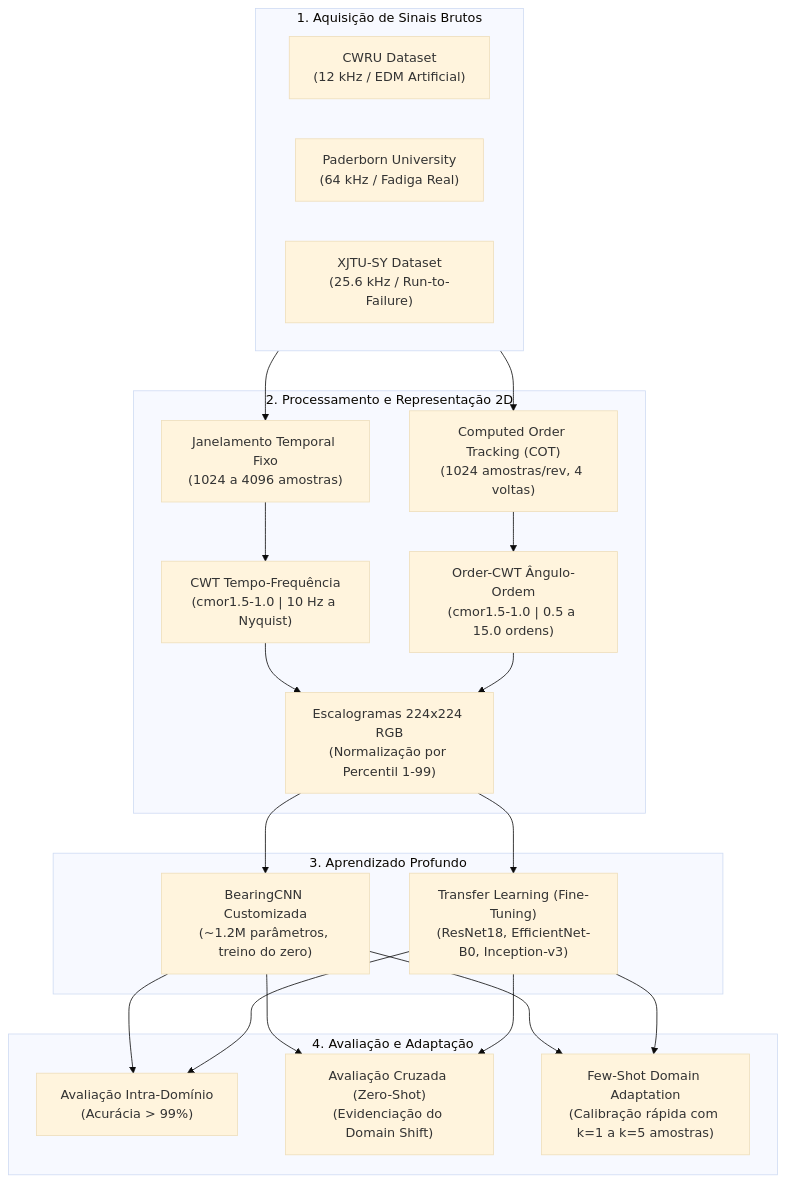
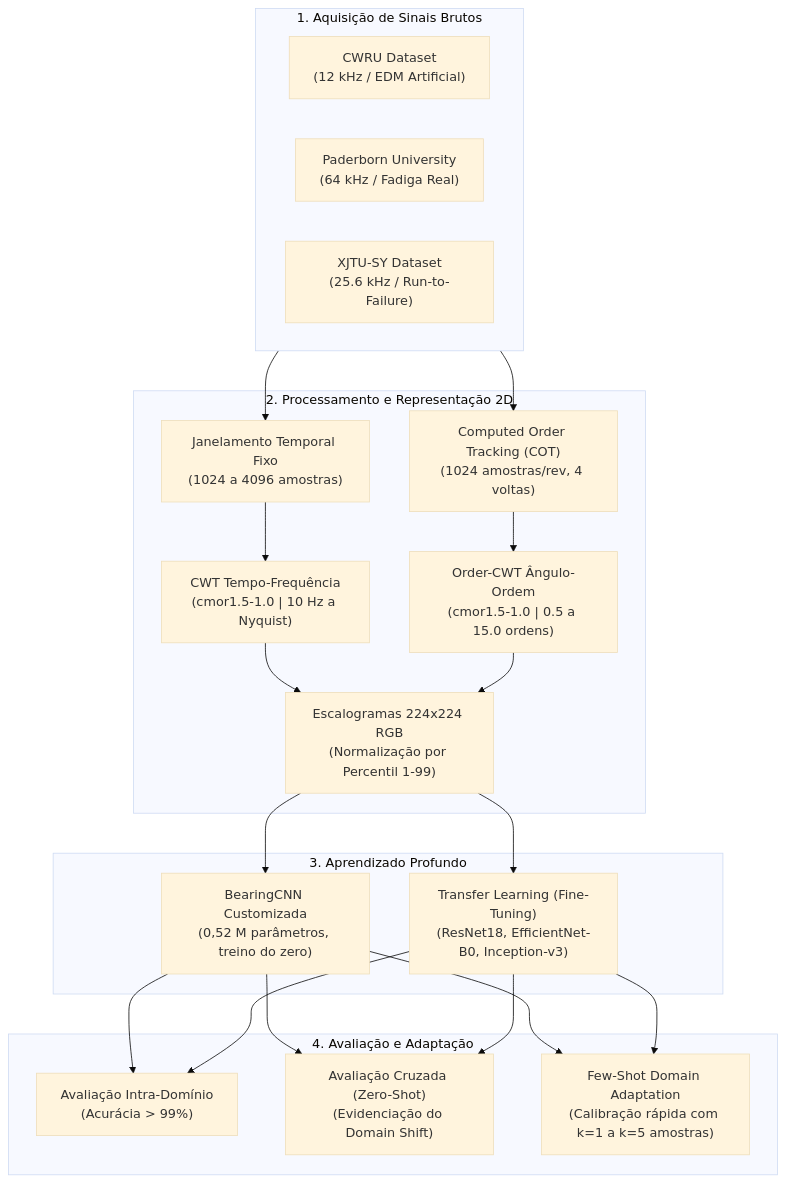
The diagram in README.md (jvkauer/bearing-fault-diagnosis-cwt-cnn), drawn with Mermaid (base theme) before and after one commit. The commit also changed other lines of this file and 38 other files, not shown here.

````diff
--- a/README.md
+++ b/README.md
@@ -115,34 +115,34 @@
 ```mermaid
 flowchart TD
     subgraph Entrada["1. Aquisição de Sinais Brutos"]
         A1["CWRU Dataset<br/>(12 kHz / EDM Artificial)"]
         A2["Paderborn University<br/>(64 kHz / Fadiga Real)"]
         A3["XJTU-SY Dataset<br/>(25.6 kHz / Run-to-Failure)"]
     end
 
     subgraph Processamento["2. Processamento e Representação 2D"]
         B1["Janelamento Temporal Fixo<br/>(1024 a 4096 amostras)"]
         B2["Computed Order Tracking (COT)<br/>(1024 amostras/rev, 4 voltas)"]
         C1["CWT Tempo-Frequência<br/>(cmor1.5-1.0 | 10 Hz a Nyquist)"]
         C2["Order-CWT Ângulo-Ordem<br/>(cmor1.5-1.0 | 0.5 a 15.0 ordens)"]
         D["Escalogramas 224x224 RGB<br/>(Normalização por Percentil 1-99)"]
     end
 
     subgraph Modelos["3. Aprendizado Profundo"]
-        E1["BearingCNN Customizada<br/>(~1.2M parâmetros, treino do zero)"]
+        E1["BearingCNN Customizada<br/>(0,52 M parâmetros, treino do zero)"]
         E2["Transfer Learning (Fine-Tuning)<br/>(ResNet18, EfficientNet-B0, Inception-v3)"]
     end
 
     subgraph Avaliacao["4. Avaliação e Adaptação"]
         F1["Avaliação Intra-Domínio<br/>(Acurácia > 99%)"]
         F2["Avaliação Cruzada (Zero-Shot)<br/>(Evidenciação do Domain Shift)"]
         F3["Few-Shot Domain Adaptation<br/>(Calibração rápida com k=1 a k=5 amostras)"]
     end
 
     Entrada --> B1 & B2
     B1 --> C1
     B2 --> C2
     C1 & C2 --> D
     D --> E1 & E2
     E1 & E2 --> F1 & F2 & F3
 ```
````
